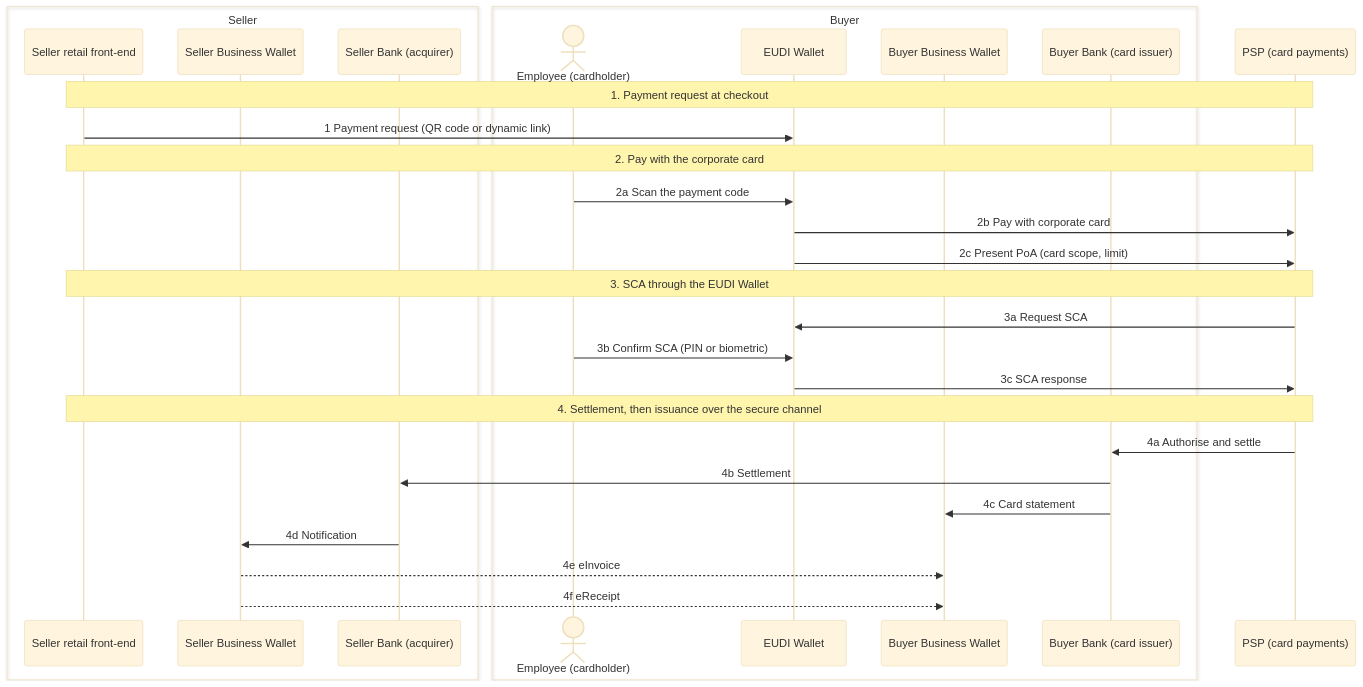
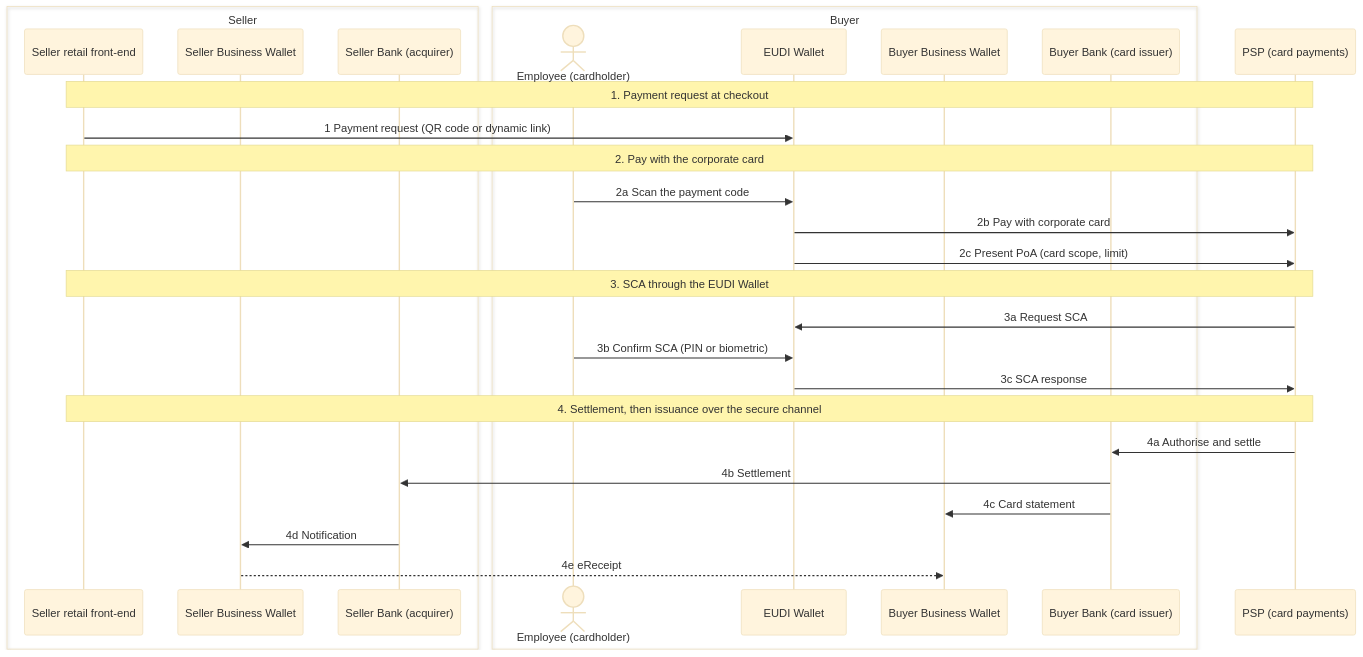
The diagram in scenario-1.3/README.md (webuild-consortium/PA4), drawn with Mermaid (base theme) before and after one commit. The commit also changed other lines of this file and 2 other files, not shown here.

First line of the commit message:
Scenario 1.3: no eInvoice, and add it to the specification copy

````diff
--- a/scenario-1.3/README.md
+++ b/scenario-1.3/README.md
@@ -56,36 +54,35 @@
 ```mermaid
 sequenceDiagram
   box Seller
     participant Shop as Seller retail front-end
     participant SellerBW as Seller Business Wallet
     participant SellerBank as Seller Bank (acquirer)
   end
   box Buyer
     actor Employee as Employee (cardholder)
     participant EUDI as EUDI Wallet
     participant BuyerBW as Buyer Business Wallet
     participant BuyerBank as Buyer Bank (card issuer)
   end
   participant PSP as PSP (card payments)
 
   note over Shop, PSP: 1. Payment request at checkout
   Shop ->> EUDI: 1 Payment request (QR code or dynamic link)
 
   note over Shop, PSP: 2. Pay with the corporate card
   Employee ->> EUDI: 2a Scan the payment code
   EUDI ->> PSP: 2b Pay with corporate card
   EUDI ->> PSP: 2c Present PoA (card scope, limit)
 
   note over Shop, PSP: 3. SCA through the EUDI Wallet
   PSP ->> EUDI: 3a Request SCA
   Employee ->> EUDI: 3b Confirm SCA (PIN or biometric)
   EUDI ->> PSP: 3c SCA response
 
   note over Shop, PSP: 4. Settlement, then issuance over the secure channel
   PSP ->> BuyerBank: 4a Authorise and settle
   BuyerBank ->> SellerBank: 4b Settlement
   BuyerBank ->> BuyerBW: 4c Card statement
   SellerBank ->> SellerBW: 4d Notification
-  SellerBW -->> BuyerBW: 4e eInvoice
-  SellerBW -->> BuyerBW: 4f eReceipt
+  SellerBW -->> BuyerBW: 4e eReceipt
 ```
````
